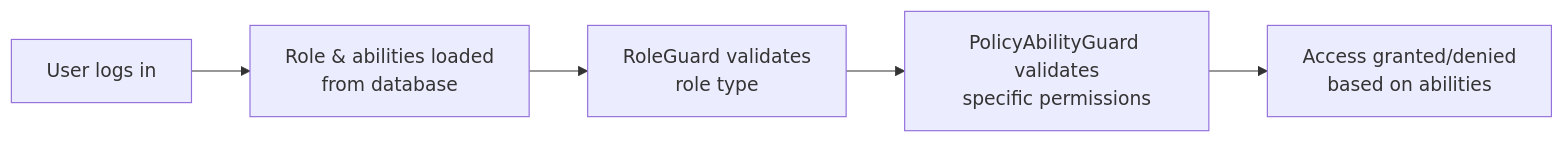
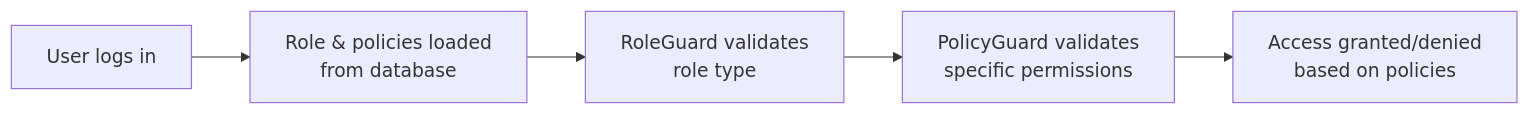
The fifth of 5 diagrams in docs/authorization.md (andrechristikan/ack-nestjs-boilerplate), drawn with Mermaid before and after one commit. The commit also changed other lines of this file and 56 other files, not shown here.

````diff
--- a/docs/authorization.md
+++ b/docs/authorization.md
@@ -670,7 +679,7 @@
 ```mermaid
 flowchart LR
-    User[User logs in] --> LoadRole[Role & abilities loaded<br/>from database]
+    User[User logs in] --> LoadRole[Role & policies loaded<br/>from database]
     LoadRole --> RoleGuard[RoleGuard validates<br/>role type]
-    RoleGuard --> PolicyGuard[PolicyAbilityGuard validates<br/>specific permissions]
-    PolicyGuard --> Access[Access granted/denied<br/>based on abilities]
+    RoleGuard --> PolicyGuard[PolicyGuard validates<br/>specific permissions]
+    PolicyGuard --> Access[Access granted/denied<br/>based on policies]
 ```
````
